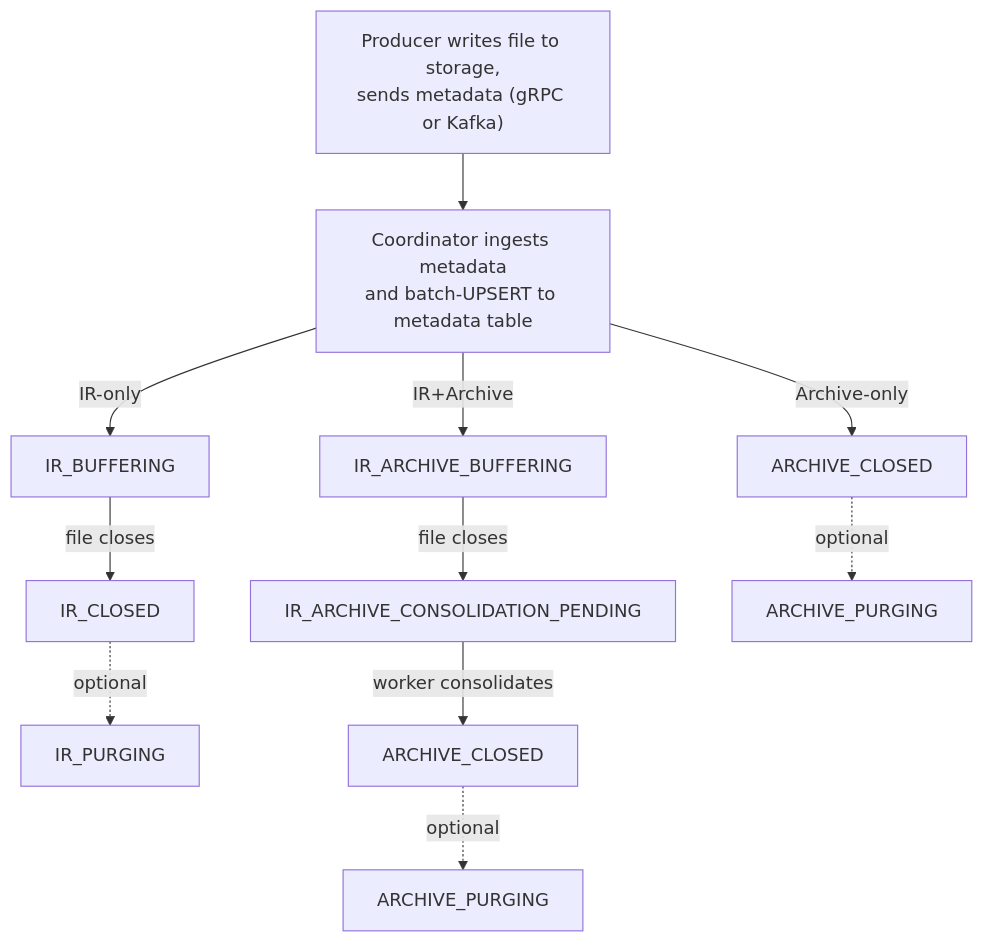
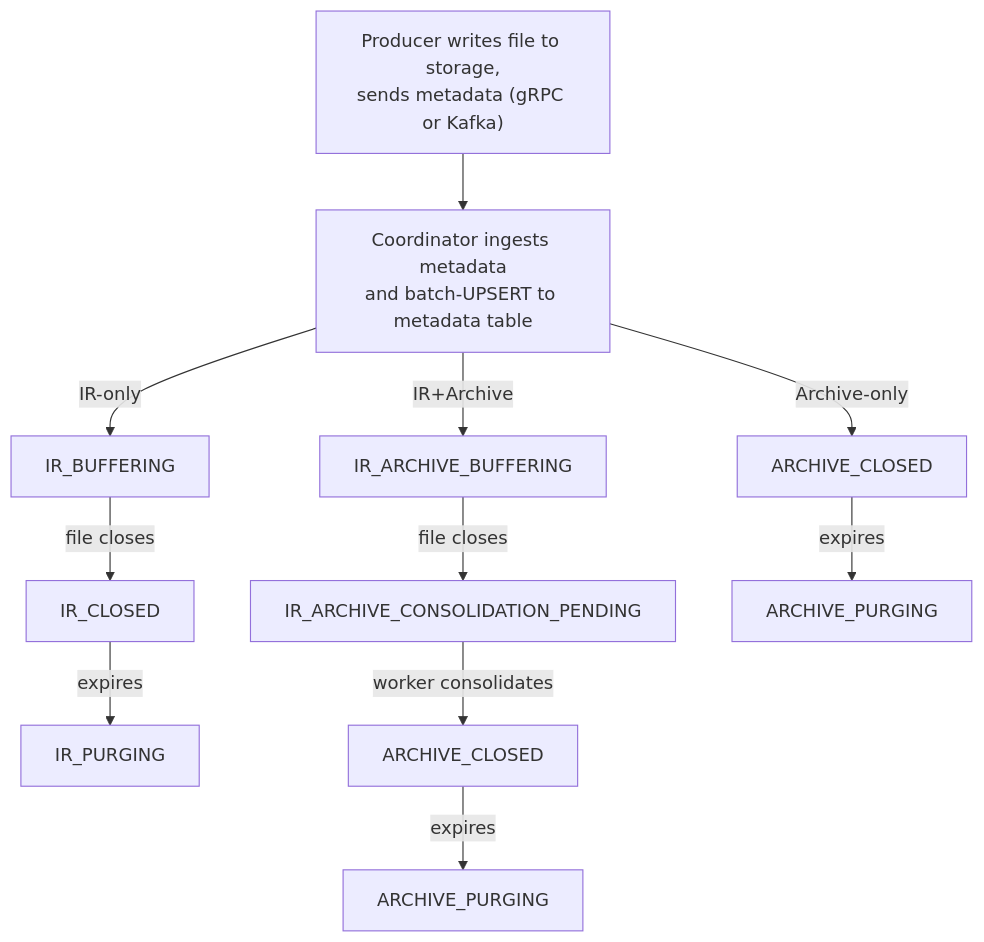
One commit to y-scope/metalog changed the diagram in docs/concepts/deletion-lifecycle.md. Above: the diagram before and after it, drawn with Mermaid. The commit also changed other lines of this file and 33 other files, not shown here.

````diff
--- a/docs/concepts/deletion-lifecycle.md
+++ b/docs/concepts/deletion-lifecycle.md
@@ -25,20 +25,20 @@
 ```mermaid
 graph TD
     A["Producer writes file to storage,<br/>sends metadata (gRPC or Kafka)"]
     B["Coordinator ingests metadata<br/>and batch-UPSERT to metadata table"]
 
     A --> B
 
     B -->|"IR-only"| IR1["IR_BUFFERING"]
     B -->|"IR+Archive"| IRA1["IR_ARCHIVE_BUFFERING"]
     B -->|"Archive-only"| AO1["ARCHIVE_CLOSED"]
 
     IR1 -->|"file closes"| IR2["IR_CLOSED"]
-    IR2 -.->|"optional"| IR3a["IR_PURGING"]
+    IR2 -->|"expires"| IR3a["IR_PURGING"]
 
     IRA1 -->|"file closes"| IRA2["IR_ARCHIVE_CONSOLIDATION_PENDING"]
     IRA2 -->|"worker consolidates"| IRA3["ARCHIVE_CLOSED"]
-    IRA3 -.->|"optional"| IRA4a["ARCHIVE_PURGING"]
+    IRA3 -->|"expires"| IRA4a["ARCHIVE_PURGING"]
 
-    AO1 -.->|"optional"| AO2a["ARCHIVE_PURGING"]
+    AO1 -->|"expires"| AO2a["ARCHIVE_PURGING"]
 ```
````
